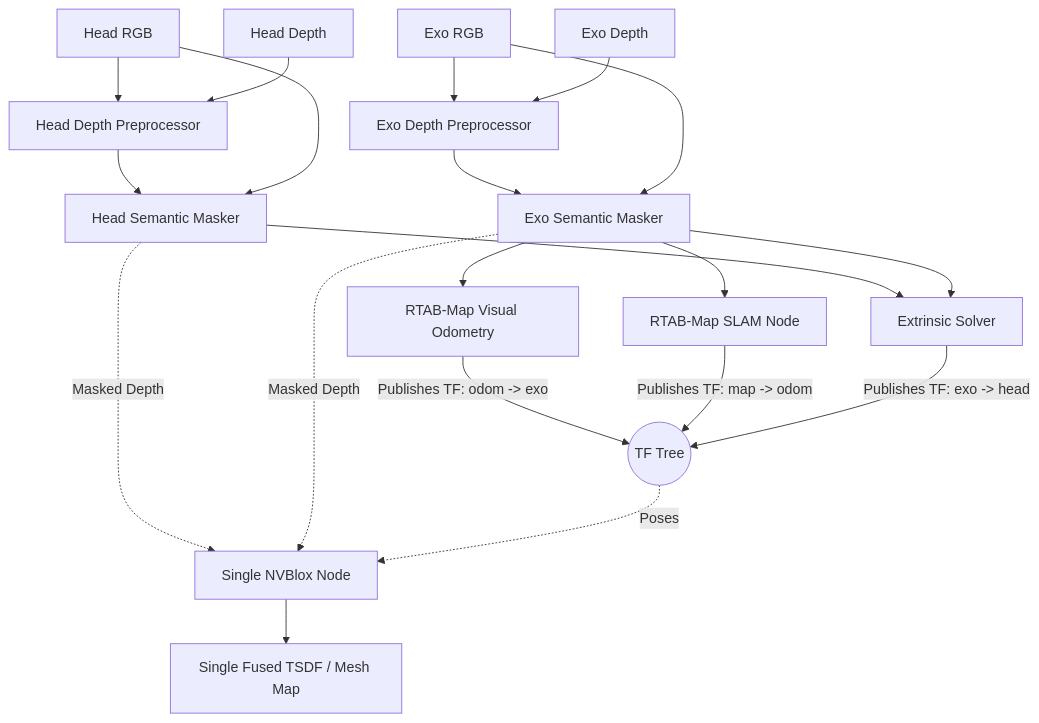
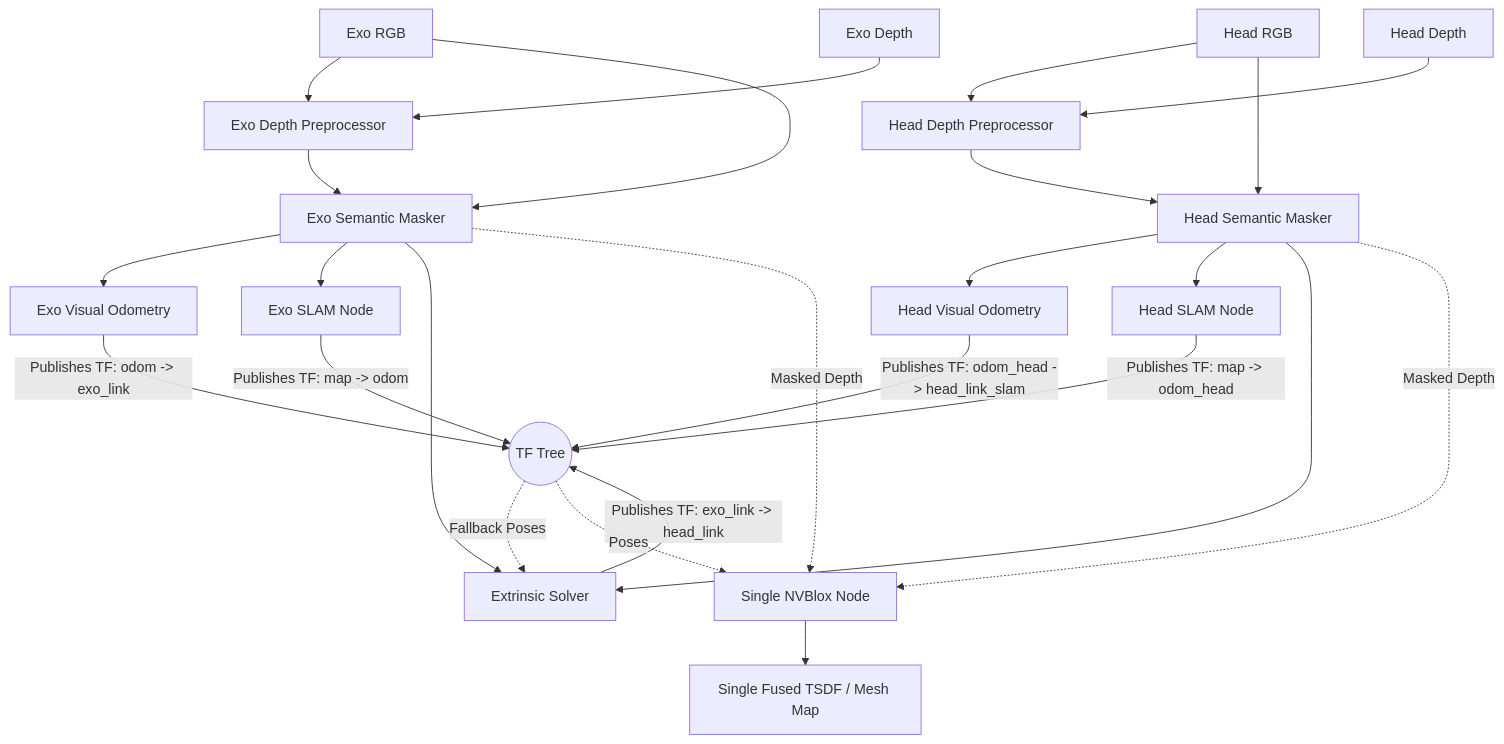
One commit to davidebaggio/MARS-Exo changed the diagram in pipeline.md. Above: the diagram before and after it, drawn with Mermaid. The commit also changed other lines of this file and 12 other files, not shown here.

````diff
--- a/pipeline.md
+++ b/pipeline.md
@@ -18,32 +18,39 @@
 ```mermaid
 flowchart TD
     %% Inputs
     A1[Head RGB] --> B1[Head Depth Preprocessor]
     A2[Head Depth] --> B1
     A3[Exo RGB] --> B2[Exo Depth Preprocessor]
     A4[Exo Depth] --> B2
 
     %% Masking
     B1 --> C1[Head Semantic Masker]
     A1 --> C1
     B2 --> C2[Exo Semantic Masker]
     A3 --> C2
 
     %% Tracking & Extrinsics
-    C2 --> D_ODO[RTAB-Map Visual Odometry]
-    D_ODO --> |Publishes TF: odom -> exo| TF_TREE((TF Tree))
+    C2 --> D_ODO[Exo Visual Odometry]
+    D_ODO --> |Publishes TF: odom -> exo_link| TF_TREE((TF Tree))
     
-    C2 --> D_SLAM[RTAB-Map SLAM Node]
+    C2 --> D_SLAM[Exo SLAM Node]
     D_SLAM --> |Publishes TF: map -> odom| TF_TREE
+    
+    C1 --> H_ODO[Head Visual Odometry]
+    H_ODO --> |Publishes TF: odom_head -> head_link_slam| TF_TREE
+    
+    C1 --> H_SLAM[Head SLAM Node]
+    H_SLAM --> |Publishes TF: map -> odom_head| TF_TREE
     
     C1 --> F[Extrinsic Solver]
     C2 --> F
-    F --> |Publishes TF: exo -> head| TF_TREE
+    TF_TREE -. Fallback Poses .-> F
+    F --> |Publishes TF: exo_link -> head_link| TF_TREE
 
     %% Fusion
     C1 -. Masked Depth .-> N[Single NVBlox Node]
     C2 -. Masked Depth .-> N
     TF_TREE -. Poses .-> N
     
     N --> J[Single Fused TSDF / Mesh Map]
 ```
````
